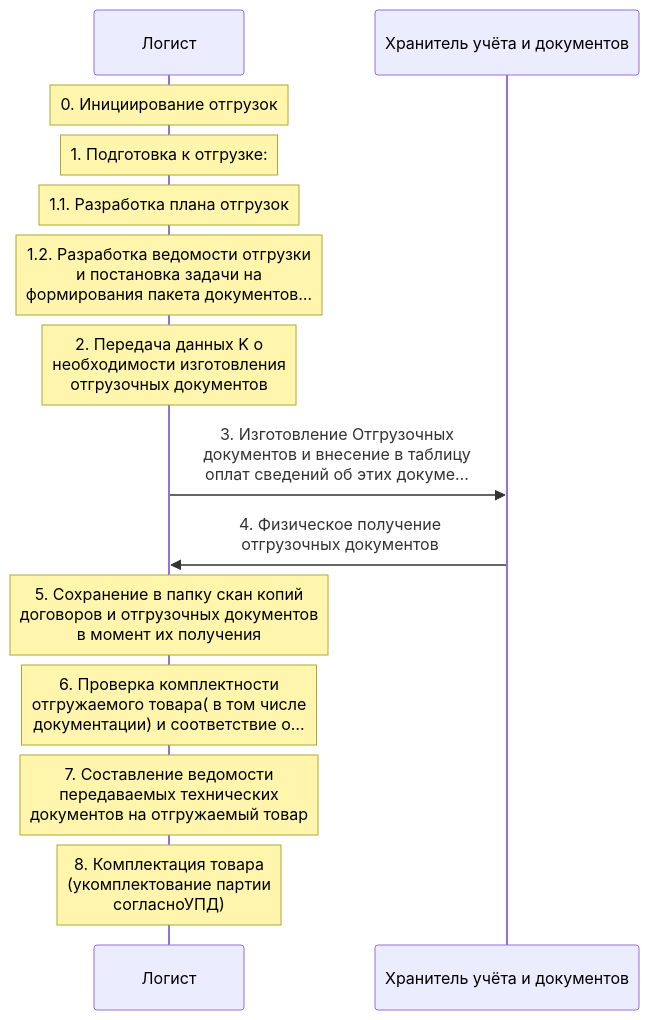
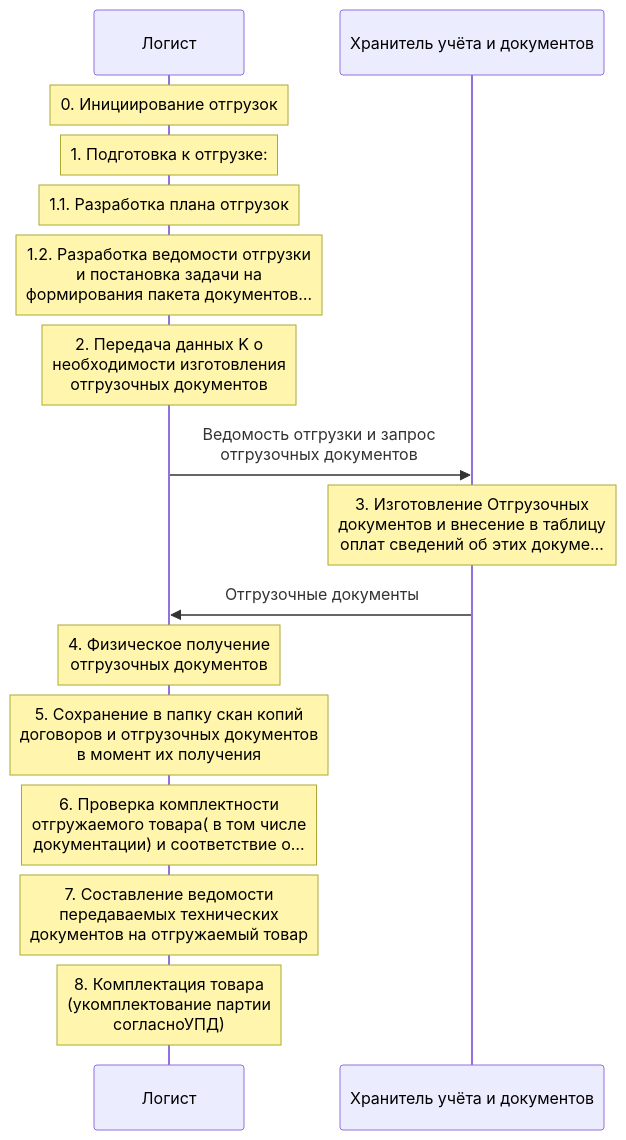
The first of 4 diagrams in inst/md-out/pro/r07-podgotovka-k-otgruzke/index.md (vlad78831457/orb-work), drawn with Mermaid before and after one commit. The commit also changed other lines of this file and 86 other files, not shown here.

````diff
--- a/inst/md-out/pro/r07-podgotovka-k-otgruzke/index.md
+++ b/inst/md-out/pro/r07-podgotovka-k-otgruzke/index.md
@@ -14,16 +14,18 @@
 ```mermaid
 sequenceDiagram
   participant r_logist as Логист
   participant r_khranitel as Хранитель учёта и документов
   Note over r_logist: 0. Инициирование отгрузок
   Note over r_logist: 1. Подготовка к отгрузке:
   Note over r_logist: 1.1. Разработка плана отгрузок
   Note over r_logist: 1.2. Разработка ведомости отгрузки<br/>и постановка задачи на<br/>формирования пакета документов…
   Note over r_logist: 2. Передача данных K о<br/>необходимости изготовления<br/>отгрузочных документов
-  r_logist->>r_khranitel: 3. Изготовление Отгрузочных<br/>документов и внесение в таблицу<br/>оплат сведений об этих докуме…
-  r_khranitel->>r_logist: 4. Физическое получение<br/>отгрузочных документов
+  r_logist->>r_khranitel: Ведомость отгрузки и запрос<br/>отгрузочных документов
+  Note over r_khranitel: 3. Изготовление Отгрузочных<br/>документов и внесение в таблицу<br/>оплат сведений об этих докуме…
+  r_khranitel->>r_logist: Отгрузочные документы
+  Note over r_logist: 4. Физическое получение<br/>отгрузочных документов
   Note over r_logist: 5. Сохранение в папку скан копий<br/>договоров и отгрузочных документов<br/>в момент их получения
   Note over r_logist: 6. Проверка комплектности<br/>отгружаемого товара( в том числе<br/>документации) и соответствие о…
   Note over r_logist: 7. Составление ведомости<br/>передаваемых технических<br/>документов на отгружаемый товар
   Note over r_logist: 8. Комплектация товара<br/>(укомплектование партии<br/>согласноУПД)
 ```
````
